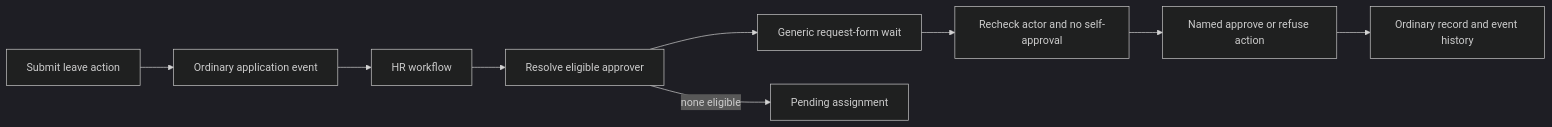
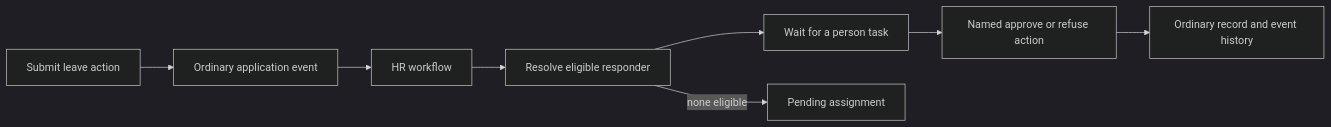
One commit to Abzum-NZ/Abzum-Vortex changed the fourth of 4 diagrams in docs/specification/appendices/page-builder-contracts.md. Above: the diagram before and after it, drawn with Mermaid (dark theme). The commit also changed other lines of this file and 3 other files, not shown here.

````diff
--- a/docs/specification/appendices/page-builder-contracts.md
+++ b/docs/specification/appendices/page-builder-contracts.md
@@ -209,11 +209,10 @@
 ```mermaid
 flowchart LR
     S[Submit leave action] --> E[Ordinary application event]
     E --> W[HR workflow]
-    W --> R[Resolve eligible approver]
-    R --> F[Generic request-form wait]
+    W --> R[Resolve eligible responder]
+    R --> F[Wait for a person task]
     R -->|none eligible| P[Pending assignment]
-    F --> C[Recheck actor and no self-approval]
-    C --> A[Named approve or refuse action]
+    F --> A[Named approve or refuse action]
     A --> H[Ordinary record and event history]
 ```
````
